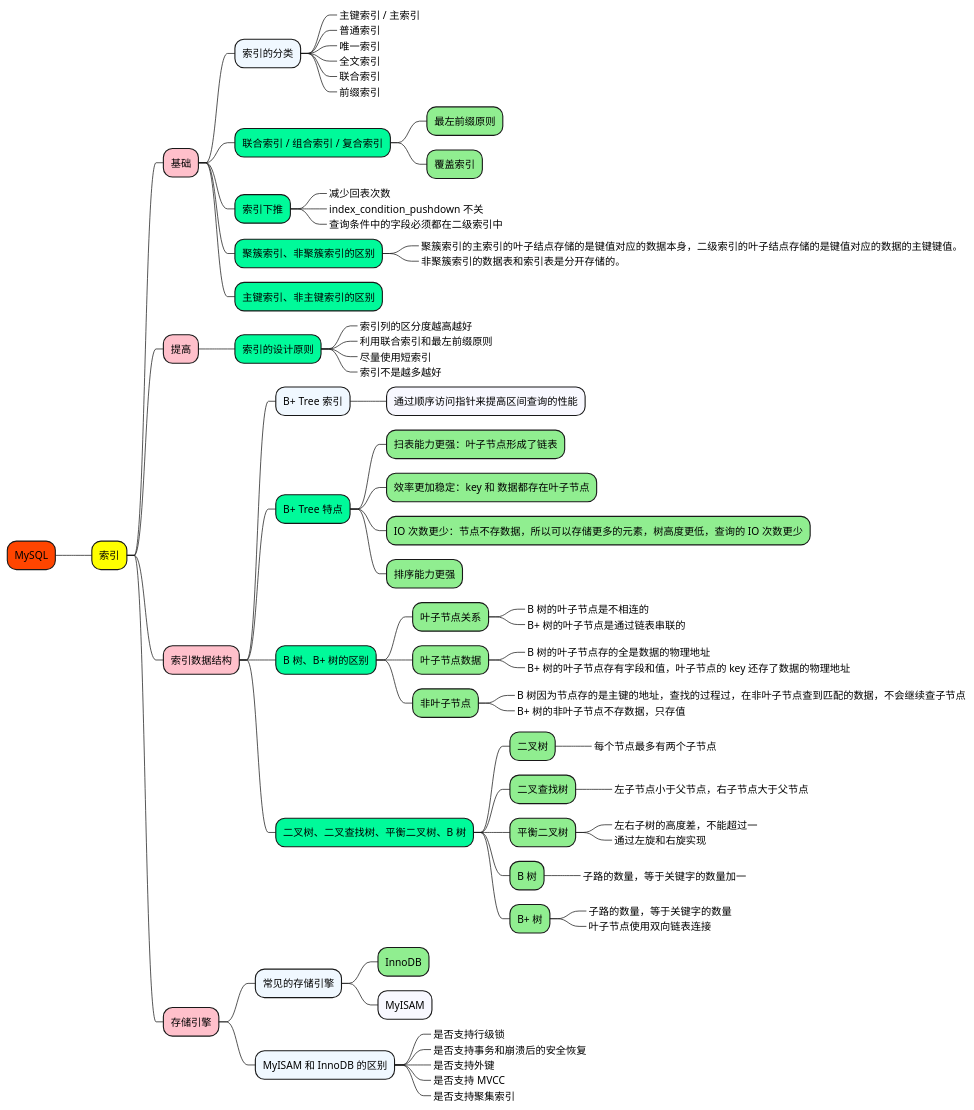
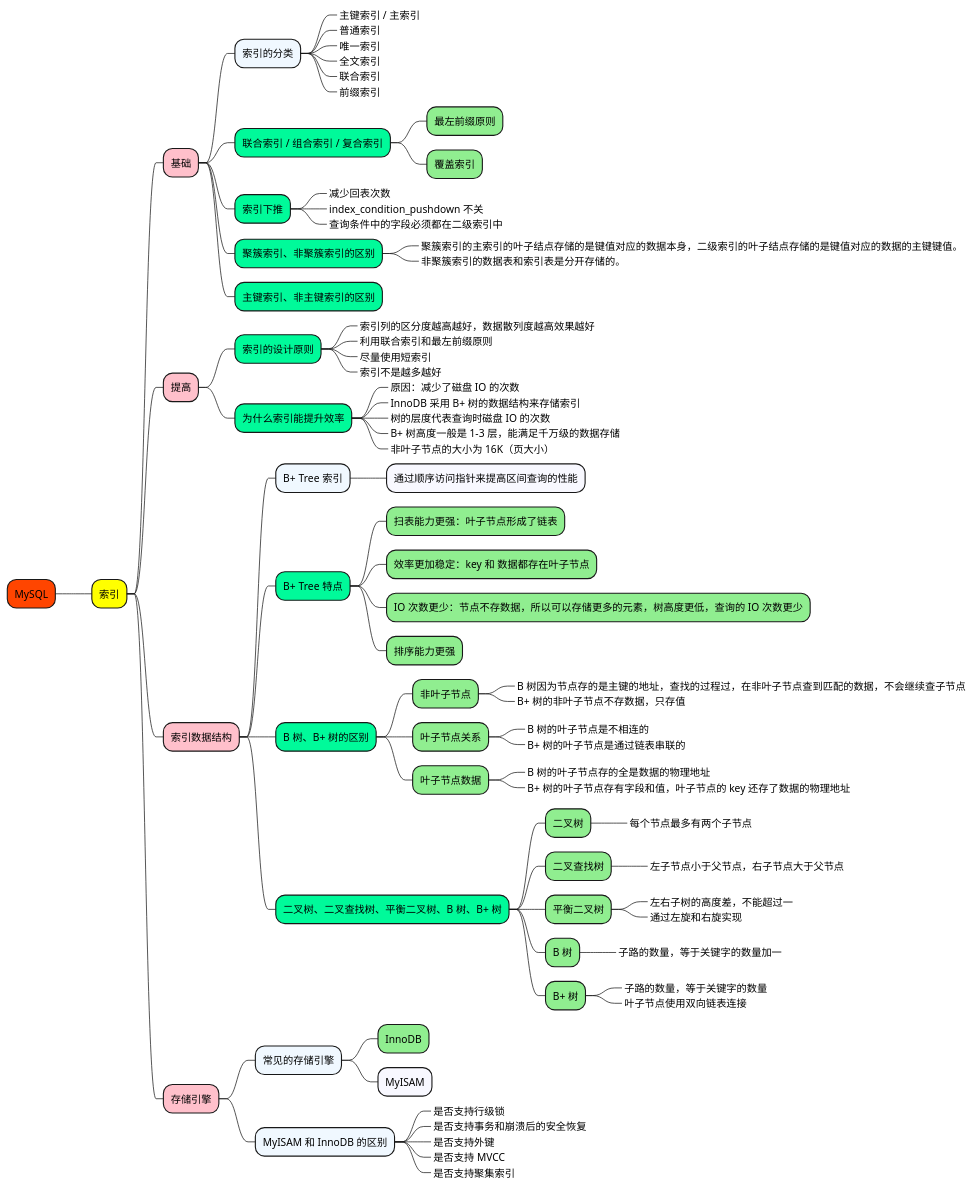
The diagram in 1_map/4-database/MySQL-索引.puml (doveg/self-cultivation-of-a-software-engineer), drawn with PlantUML before and after one commit. The commit also changed 5 other files, not shown here.

```diff
--- a/1_map/4-database/MySQL-索引.puml
+++ b/1_map/4-database/MySQL-索引.puml
@@ -1,97 +1,103 @@
 @startmindmap
 
 +[#OrangeRed] MySQL
 
 ++[#yellow] 索引
 
 +++[#Pink] 基础
 
 ++++[#AliceBlue] 索引的分类
 +++++[#GhostWhite]_ 主键索引 / 主索引
 +++++[#GhostWhite]_ 普通索引
 +++++[#GhostWhite]_ 唯一索引
 +++++[#GhostWhite]_ 全文索引
 +++++[#GhostWhite]_ 联合索引
 +++++[#GhostWhite]_ 前缀索引
 
 ++++[#MediumSpringGreen] 联合索引 / 组合索引 / 复合索引
 +++++[#LightGreen] 最左前缀原则
 +++++[#LightGreen] 覆盖索引
 
 ++++[#MediumSpringGreen] 索引下推
 +++++[#LightGreen]_ 减少回表次数
 +++++[#LightGreen]_ index_condition_pushdown 不关
 +++++[#LightGreen]_ 查询条件中的字段必须都在二级索引中
 
 ++++[#MediumSpringGreen] 聚簇索引、非聚簇索引的区别
 +++++[#LightGreen]_ 聚簇索引的主索引的叶子结点存储的是键值对应的数据本身，二级索引的叶子结点存储的是键值对应的数据的主键键值。
 +++++[#LightGreen]_ 非聚簇索引的数据表和索引表是分开存储的。
 
 ++++[#MediumSpringGreen] 主键索引、非主键索引的区别
 
 
 +++[#Pink] 提高
 
 ++++[#MediumSpringGreen] 索引的设计原则
-+++++[#LightGreen]_ 索引列的区分度越高越好
++++++[#LightGreen]_ 索引列的区分度越高越好，数据散列度越高效果越好
 +++++[#LightGreen]_ 利用联合索引和最左前缀原则
 +++++[#LightGreen]_ 尽量使用短索引
 +++++[#LightGreen]_ 索引不是越多越好
 
+++++[#MediumSpringGreen] 为什么索引能提升效率
++++++[#LightGreen]_ 原因：减少了磁盘 IO 的次数
++++++[#LightGreen]_ InnoDB 采用 B+ 树的数据结构来存储索引
++++++[#LightGreen]_ 树的层度代表查询时磁盘 IO 的次数
++++++[#LightGreen]_ B+ 树高度一般是 1-3 层，能满足千万级的数据存储
++++++[#LightGreen]_ 非叶子节点的大小为 16K（页大小）
 
 +++[#Pink] 索引数据结构
 
 ++++[#AliceBlue] B+ Tree 索引
 +++++[#GhostWhite] 通过顺序访问指针来提高区间查询的性能
 
 ++++[#MediumSpringGreen] B+ Tree 特点
 +++++[#LightGreen] 扫表能力更强：叶子节点形成了链表
 +++++[#LightGreen] 效率更加稳定：key 和 数据都存在叶子节点
 +++++[#LightGreen] IO 次数更少：节点不存数据，所以可以存储更多的元素，树高度更低，查询的 IO 次数更少
 +++++[#LightGreen] 排序能力更强
 
 ++++[#MediumSpringGreen] B 树、B+ 树的区别
++++++[#LightGreen] 非叶子节点
+++++++[#Aquamarine]_ B 树因为节点存的是主键的地址，查找的过程过，在非叶子节点查到匹配的数据，不会继续查子节点
+++++++[#Aquamarine]_ B+ 树的非叶子节点不存数据，只存值
 +++++[#LightGreen] 叶子节点关系
 ++++++[#Aquamarine]_ B 树的叶子节点是不相连的
 ++++++[#Aquamarine]_ B+ 树的叶子节点是通过链表串联的
 +++++[#LightGreen] 叶子节点数据
 ++++++[#Aquamarine]_ B 树的叶子节点存的全是数据的物理地址
 ++++++[#Aquamarine]_ B+ 树的叶子节点存有字段和值，叶子节点的 key 还存了数据的物理地址
-+++++[#LightGreen] 非叶子节点
-++++++[#Aquamarine]_ B 树因为节点存的是主键的地址，查找的过程过，在非叶子节点查到匹配的数据，不会继续查子节点
-++++++[#Aquamarine]_ B+ 树的非叶子节点不存数据，只存值
 
 
-++++[#MediumSpringGreen] 二叉树、二叉查找树、平衡二叉树、B 树
+++++[#MediumSpringGreen] 二叉树、二叉查找树、平衡二叉树、B 树、B+ 树
 +++++[#LightGreen] 二叉树
 ++++++[#Aquamarine]_ 每个节点最多有两个子节点
 +++++[#LightGreen] 二叉查找树
 ++++++[#Aquamarine]_ 左子节点小于父节点，右子节点大于父节点
 +++++[#LightGreen] 平衡二叉树
 ++++++[#Aquamarine]_ 左右子树的高度差，不能超过一
 ++++++[#Aquamarine]_ 通过左旋和右旋实现
 +++++[#LightGreen] B 树
 ++++++[#Aquamarine]_ 子路的数量，等于关键字的数量加一
 +++++[#LightGreen] B+ 树
 ++++++[#Aquamarine]_ 子路的数量，等于关键字的数量
 ++++++[#Aquamarine]_ 叶子节点使用双向链表连接
 
 
 
 
 
 +++[#Pink] 存储引擎
 
 ++++[#AliceBlue] 常见的存储引擎
 +++++[#LightGreen] InnoDB
 +++++[#GhostWhite] MyISAM
 
 ++++[#AliceBlue] MyISAM 和 InnoDB 的区别
 +++++[#GhostWhite]_ 是否支持行级锁
 +++++[#GhostWhite]_ 是否支持事务和崩溃后的安全恢复
 +++++[#GhostWhite]_ 是否支持外键
 +++++[#GhostWhite]_ 是否支持 MVCC
 +++++[#GhostWhite]_ 是否支持聚集索引
 
 
 @endmindmap
```
